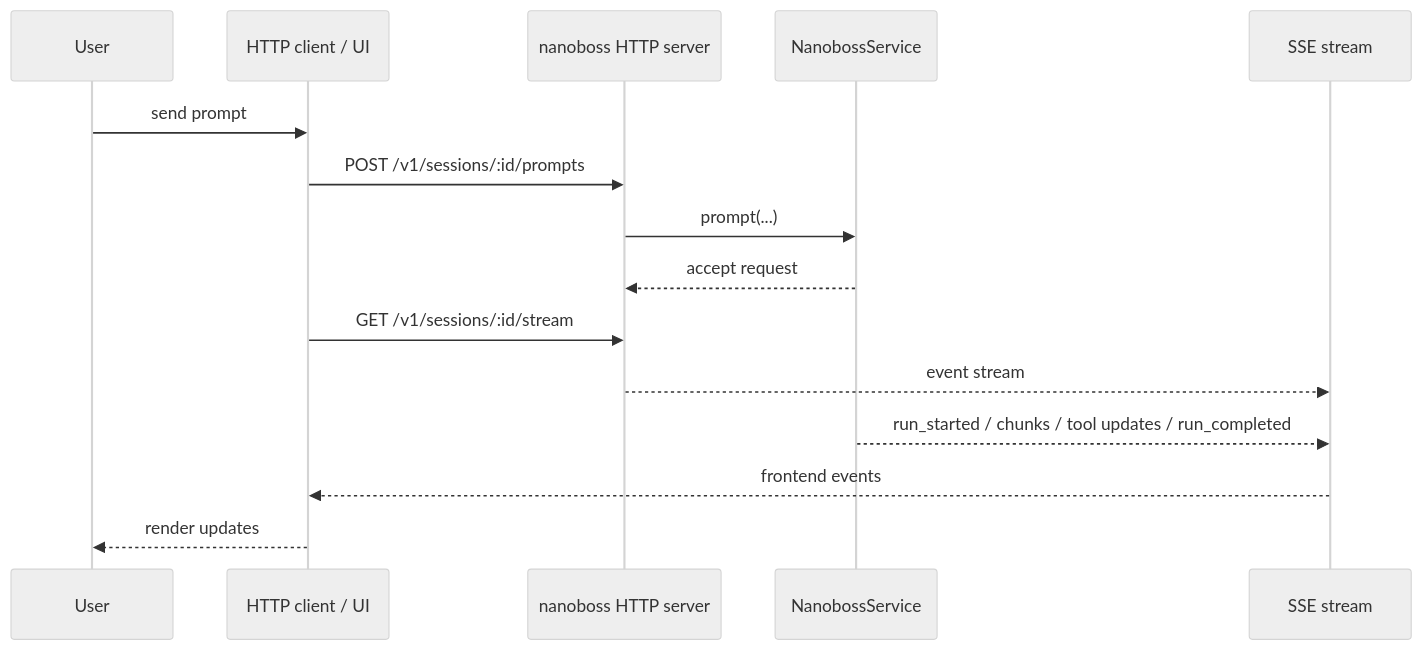
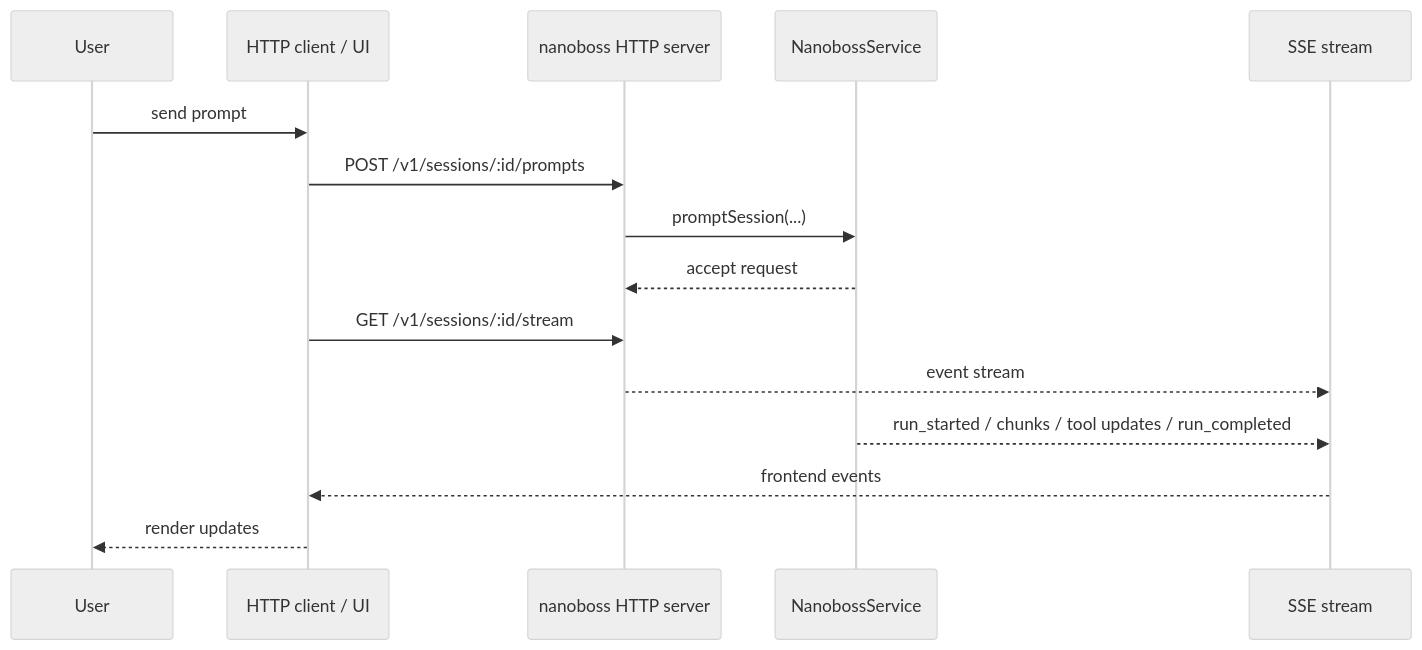
One commit to jflam/nanoboss changed the third of 5 diagrams in docs/architecture.md. Above: the diagram before and after it, drawn with Mermaid (neutral theme). The commit also changed other lines of this file and 12 other files, not shown here.

````diff
--- a/docs/architecture.md
+++ b/docs/architecture.md
@@ -118,18 +118,18 @@
 ```mermaid
 sequenceDiagram
   participant User
   participant Client as HTTP client / UI
   participant HTTP as nanoboss HTTP server
   participant Service as NanobossService
   participant SSE as SSE stream
 
   User->>Client: send prompt
   Client->>HTTP: POST /v1/sessions/:id/prompts
-  HTTP->>Service: prompt(...)
+  HTTP->>Service: promptSession(...)
   Service-->>HTTP: accept request
   Client->>HTTP: GET /v1/sessions/:id/stream
   HTTP-->>SSE: event stream
   Service-->>SSE: run_started / chunks / tool updates / run_completed
   SSE-->>Client: frontend events
   Client-->>User: render updates
 ```
````
